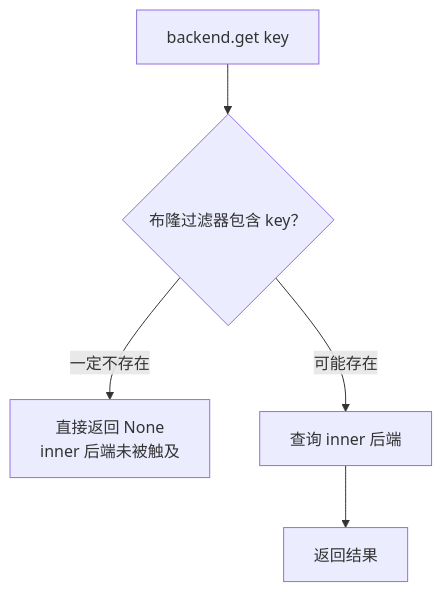
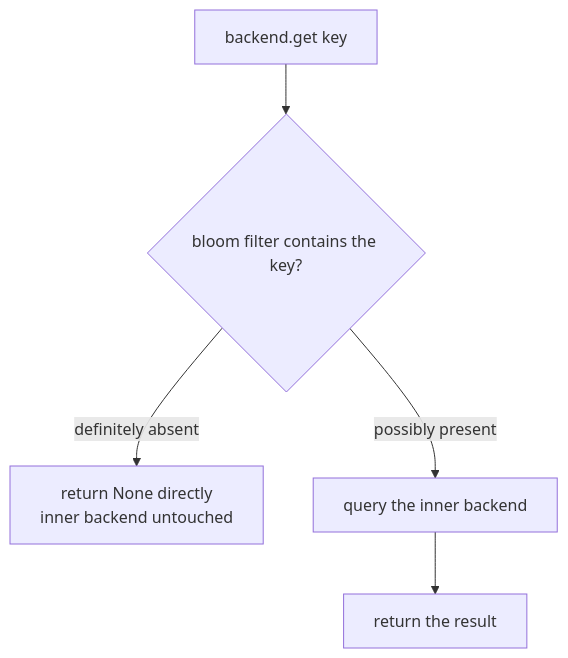
Before and after one commit to Kirky-X/oxcache: the sixth of 6 diagrams in docs/en/ARCHITECTURE.md, drawn with Mermaid. The commit also changed other lines of this file and 15 other files, not shown here.

````diff
--- a/docs/en/ARCHITECTURE.md
+++ b/docs/en/ARCHITECTURE.md
@@ -845,7 +845,7 @@
 ```mermaid
 flowchart TD
-    A["backend.get key"] --> B{"布隆过滤器包含 key？"}
-    B -->|一定不存在| C["直接返回 None<br/>inner 后端未被触及"]
-    B -->|可能存在| D["查询 inner 后端"]
-    D --> E["返回结果"]
+    A["backend.get key"] --> B{"bloom filter contains the key?"}
+    B -->|definitely absent| C["return None directly<br/>inner backend untouched"]
+    B -->|possibly present| D["query the inner backend"]
+    D --> E["return the result"]
 ```
````
